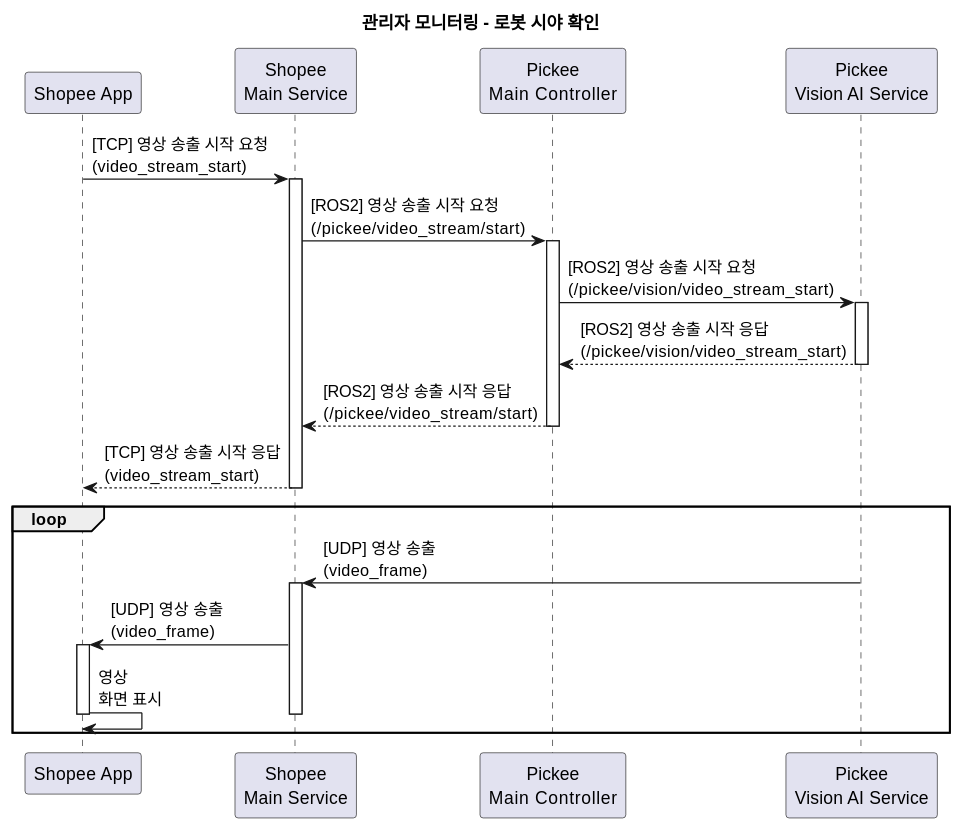
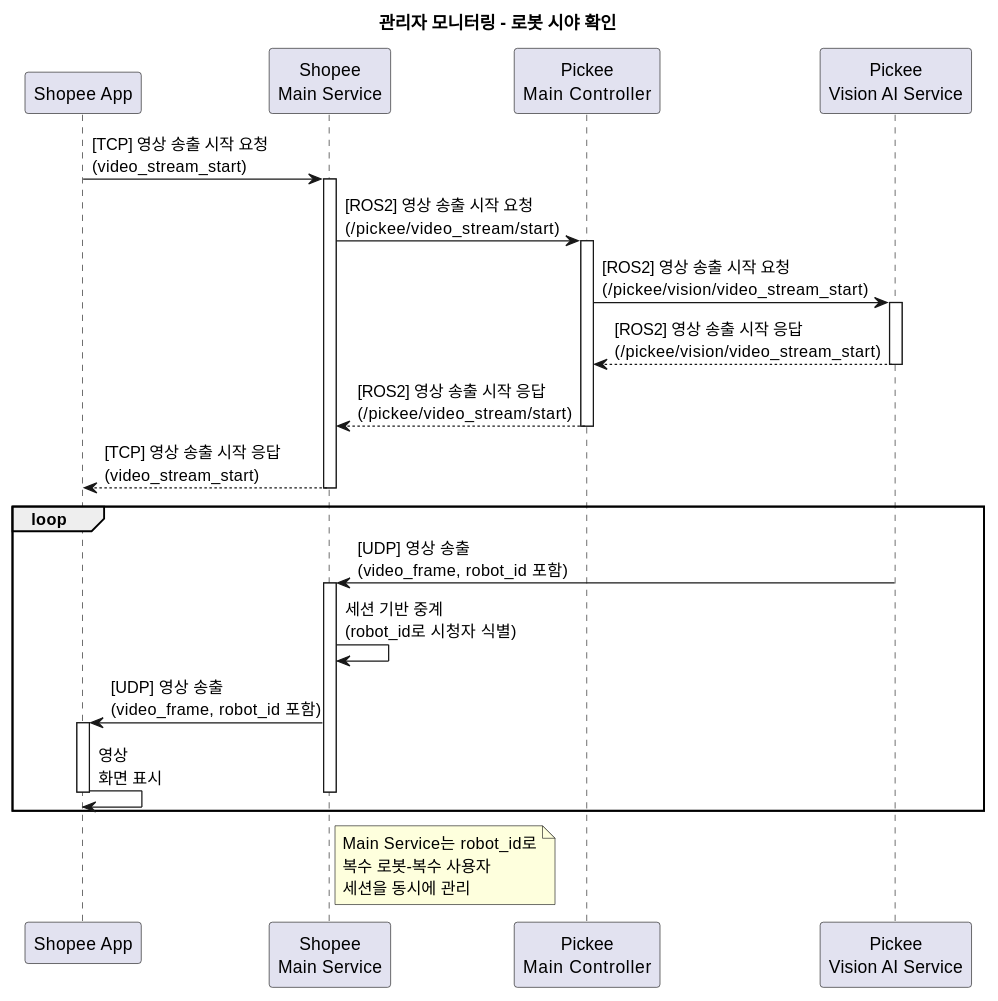
Before and after one commit to addinedu-roscamp-7th/roscamp-repo-1: the diagram in docs/SequenceDiagram/SC_05_1_3.md, drawn with PlantUML. The commit also changed 3 other files, not shown here.

```diff
--- a/docs/SequenceDiagram/SC_05_1_3.md
+++ b/docs/SequenceDiagram/SC_05_1_3.md
@@ -1,38 +1,46 @@
 @startuml
 title 관리자 모니터링 - 로봇 시야 확인
 participant "Shopee App" as app
 participant "Shopee\nMain Service" as shopee
 participant "Pickee\nMain Controller" as pickee
 participant "Pickee\nVision AI Service" as vision
 
 app -> shopee: [TCP] 영상 송출 시작 요청\n(video_stream_start)
 activate shopee
 
 shopee -> pickee: [ROS2] 영상 송출 시작 요청\n(/pickee/video_stream/start)
 activate pickee
 
 pickee -> vision: [ROS2] 영상 송출 시작 요청\n(/pickee/vision/video_stream_start)
 activate vision
 
 vision --> pickee: [ROS2] 영상 송출 시작 응답\n(/pickee/vision/video_stream_start)
 deactivate vision
 
 pickee --> shopee: [ROS2] 영상 송출 시작 응답\n(/pickee/video_stream/start)
 deactivate pickee
 
 shopee --> app: [TCP] 영상 송출 시작 응답\n(video_stream_start)
 deactivate shopee
 
 loop
-    vision -> shopee: [UDP] 영상 송출\n(video_frame)
+    vision -> shopee: [UDP] 영상 송출\n(video_frame, robot_id 포함)
     activate shopee
-    
-    shopee -> app: [UDP] 영상 송출\n(video_frame)
+
+    shopee -> shopee: 세션 기반 중계\n(robot_id로 시청자 식별)
+
+    shopee -> app: [UDP] 영상 송출\n(video_frame, robot_id 포함)
     activate app
-    
+
     app -> app: 영상\n화면 표시
     deactivate app
     deactivate shopee
 end
 
+note right of shopee
+  Main Service는 robot_id로
+  복수 로봇-복수 사용자
+  세션을 동시에 관리
+end note
+
 @enduml
```
